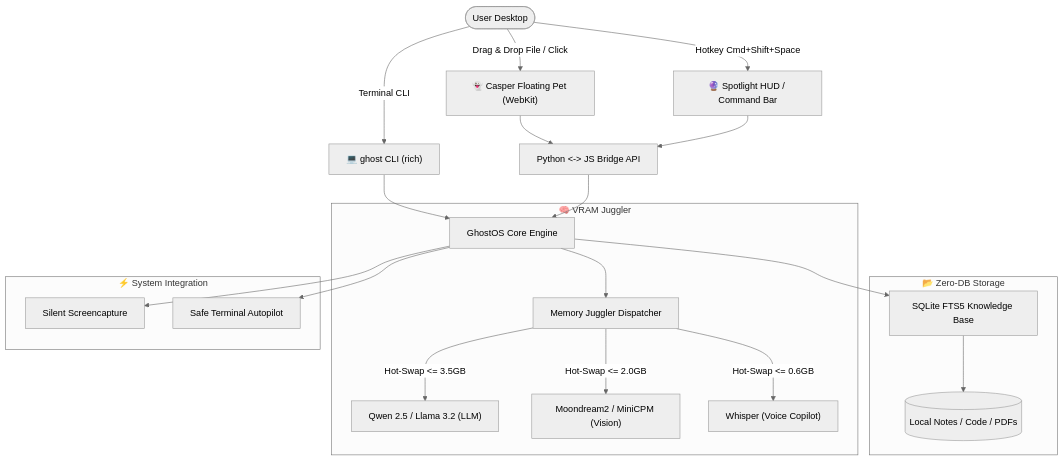
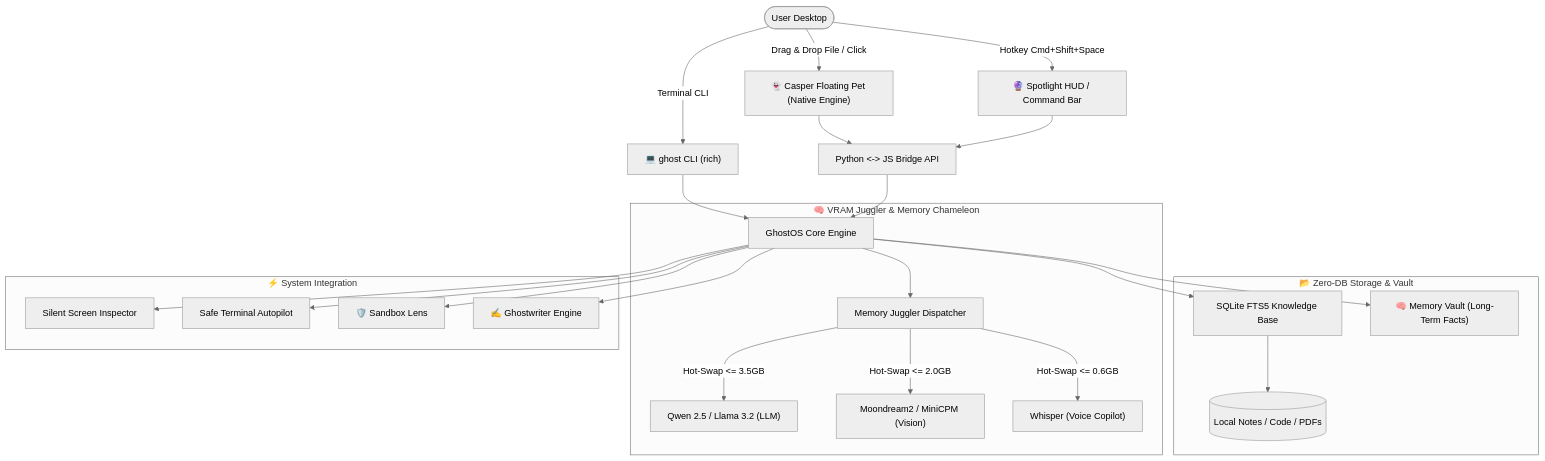
One commit to GhostOS-ai/GhostOS changed the diagram in README.md. Above: the diagram before and after it, drawn with Mermaid (neutral theme). The commit also changed other lines of this file and 3 other files, not shown here.

````diff
--- a/README.md
+++ b/README.md
@@ -133,28 +208,31 @@
 ```mermaid
 flowchart TD
-    User([User Desktop]) -->|Drag & Drop File / Click| Pet["👻 Casper Floating Pet (WebKit)"]
+    User([User Desktop]) -->|Drag & Drop File / Click| Pet["👻 Casper Floating Pet (Native Engine)"]
     User -->|Hotkey Cmd+Shift+Space| HUD["🔮 Spotlight HUD / Command Bar"]
     User -->|Terminal CLI| CLI["💻 ghost CLI (rich)"]
 
     Pet --> Bridge["Python <-> JS Bridge API"]
     HUD --> Bridge
     CLI --> Core["GhostOS Core Engine"]
     Bridge --> Core
 
-    subgraph MemoryManagement ["🧠 VRAM Juggler"]
+    subgraph MemoryManagement ["🧠 VRAM Juggler & Memory Chameleon"]
         Core --> Juggler["Memory Juggler Dispatcher"]
         Juggler -->|Hot-Swap <= 3.5GB| M1["Qwen 2.5 / Llama 3.2 (LLM)"]
         Juggler -->|Hot-Swap <= 2.0GB| M2["Moondream2 / MiniCPM (Vision)"]
         Juggler -->|Hot-Swap <= 0.6GB| M3["Whisper (Voice Copilot)"]
     end
 
-    subgraph Storage ["📂 Zero-DB Storage"]
+    subgraph Storage ["📂 Zero-DB Storage & Vault"]
         Core --> RAG["SQLite FTS5 Knowledge Base"]
+        Core --> Vault["🧠 Memory Vault (Long-Term Facts)"]
         RAG --> Docs[("Local Notes / Code / PDFs")]
     end
 
     subgraph OSIntegration ["⚡ System Integration"]
-        Core --> Screen["Silent Screencapture"]
+        Core --> Screen["Silent Screen Inspector"]
         Core --> Pilot["Safe Terminal Autopilot"]
+        Core --> Lens["🛡️ Sandbox Lens"]
+        Core --> Writer["✍️ Ghostwriter Engine"]
     end
 ```
````
